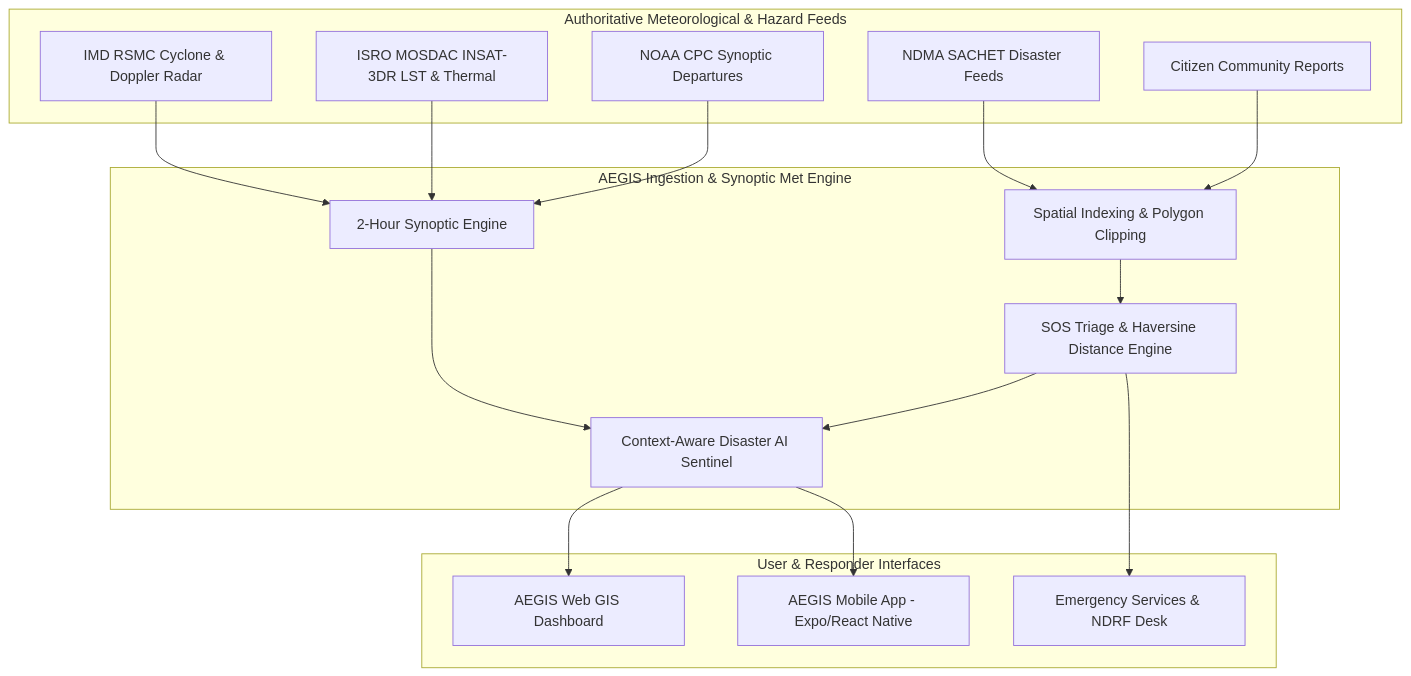
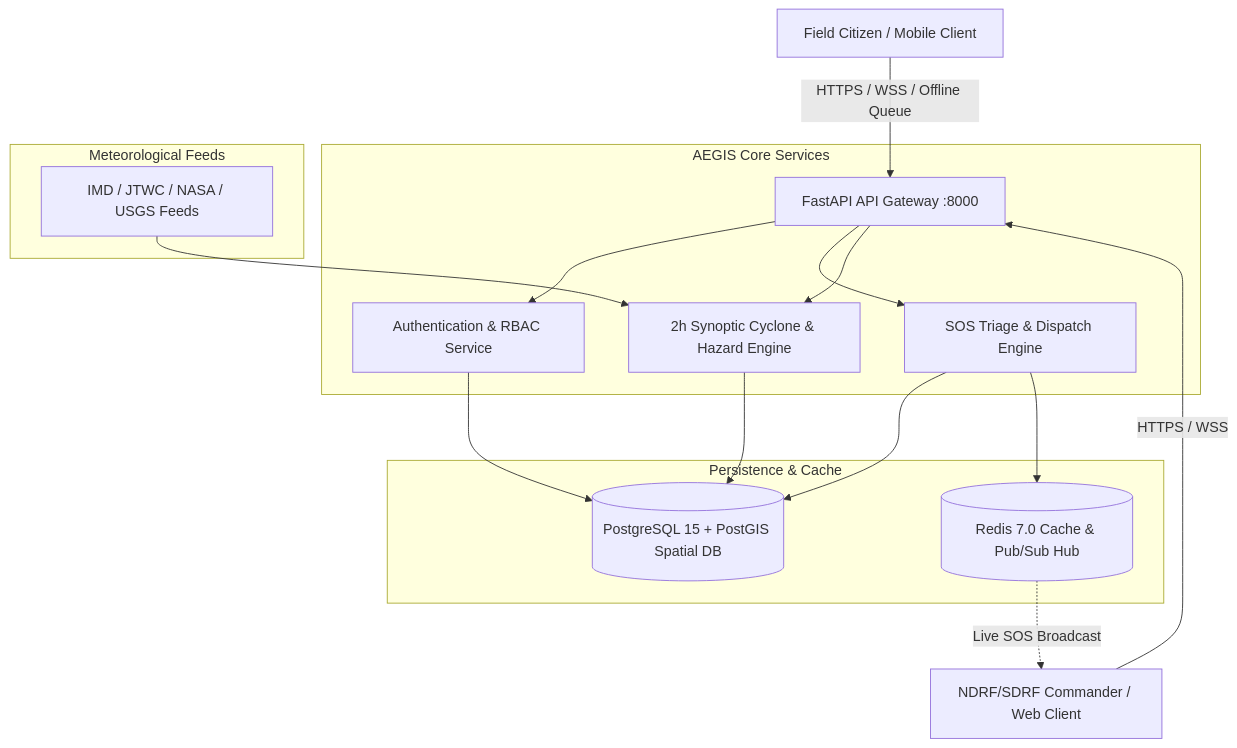
Before and after one commit to 25A31A0356/Aegis-web: the diagram in README.md, drawn with Mermaid. The commit also changed other lines of this file and 27 other files, not shown here.

Commit message:
docs: generate comprehensive SIH engineering documentation suite and architecture diagrams

````diff
--- a/README.md
+++ b/README.md
@@ -31,37 +25,24 @@
 ```mermaid
-flowchart TD
-    subgraph Data Sources [Authoritative Meteorological & Hazard Feeds]
-        IMD[IMD RSMC Cyclone & Doppler Radar]
-        ISRO[ISRO MOSDAC INSAT-3DR LST & Thermal]
-        NOAA[NOAA CPC Synoptic Departures]
-        NDMA[NDMA SACHET Disaster Feeds]
-        CITIZEN[Citizen Community Reports]
+graph TD
+    Citizen[Field Citizen / Mobile Client] -->|HTTPS / WSS / Offline Queue| FastAPIGateway[FastAPI API Gateway :8000]
+    Commander[NDRF/SDRF Commander / Web Client] -->|HTTPS / WSS| FastAPIGateway
+    
+    subgraph Core_Services [AEGIS Core Services]
+        FastAPIGateway --> AuthSvc[Authentication & RBAC Service]
+        FastAPIGateway --> SOSSvc[SOS Triage & Dispatch Engine]
+        FastAPIGateway --> SynopticSvc[2h Synoptic Cyclone & Hazard Engine]
     end
 
-    subgraph Core Engine [AEGIS Ingestion & Synoptic Met Engine]
-        SYNC[2-Hour Synoptic Engine]
-        GEO[Spatial Indexing & Polygon Clipping]
-        TRIAGE[SOS Triage & Haversine Distance Engine]
-        AI[Context-Aware Disaster AI Sentinel]
+    subgraph Data_Storage [Persistence & Cache]
+        SOSSvc --> PostGIS[(PostgreSQL 15 + PostGIS Spatial DB)]
+        SynopticSvc --> PostGIS
+        AuthSvc --> PostGIS
+        SOSSvc --> RedisBuffer[(Redis 7.0 Cache & Pub/Sub Hub)]
     end
 
-    subgraph Client Applications [User & Responder Interfaces]
-        WEB[AEGIS Web GIS Dashboard]
-        MOBILE[AEGIS Mobile App - Expo/React Native]
-        RESPONDER[Emergency Services & NDRF Desk]
+    subgraph External_Feeds [Meteorological Feeds]
+        ExternalWeather[IMD / JTWC / NASA / USGS Feeds] --> SynopticSvc
     end
 
-    IMD --> SYNC
-    ISRO --> SYNC
-    NOAA --> SYNC
-    NDMA --> GEO
-    CITIZEN --> GEO
-
-    SYNC --> AI
-    GEO --> TRIAGE
-    TRIAGE --> AI
-
-    AI --> WEB
-    AI --> MOBILE
-    TRIAGE --> RESPONDER
+    RedisBuffer -.->|Live SOS Broadcast| Commander
 ```
````
